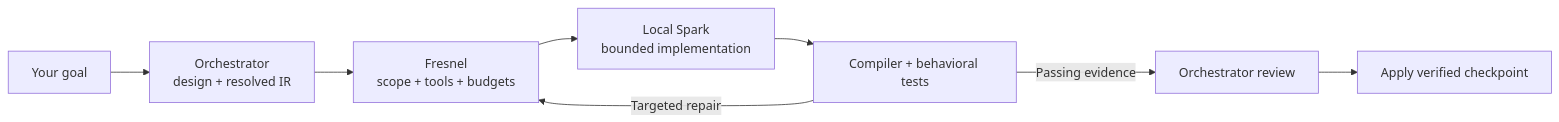
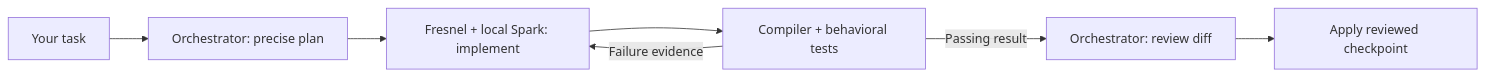
Before and after one commit to darkwebber/fresnel: the diagram in README.md, drawn with Mermaid. The commit also changed other lines of this file and 7 other files, not shown here.

````diff
--- a/README.md
+++ b/README.md
@@ -14,10 +20,9 @@
 ```mermaid
 flowchart LR
-    U[Your goal] --> O[Orchestrator<br/>design + resolved IR]
-    O --> F[Fresnel<br/>scope + tools + budgets]
-    F --> S[Local Spark<br/>bounded implementation]
-    S --> V[Compiler + behavioral tests]
-    V -->|Targeted repair| F
-    V -->|Passing evidence| R[Orchestrator review]
-    R --> A[Apply verified checkpoint]
+    A[Your task] --> B[Orchestrator: precise plan]
+    B --> C[Fresnel + local Spark: implement]
+    C --> D[Compiler + behavioral tests]
+    D -->|Failure evidence| C
+    D -->|Passing result| E[Orchestrator: review diff]
+    E --> F[Apply reviewed checkpoint]
 ```
````
